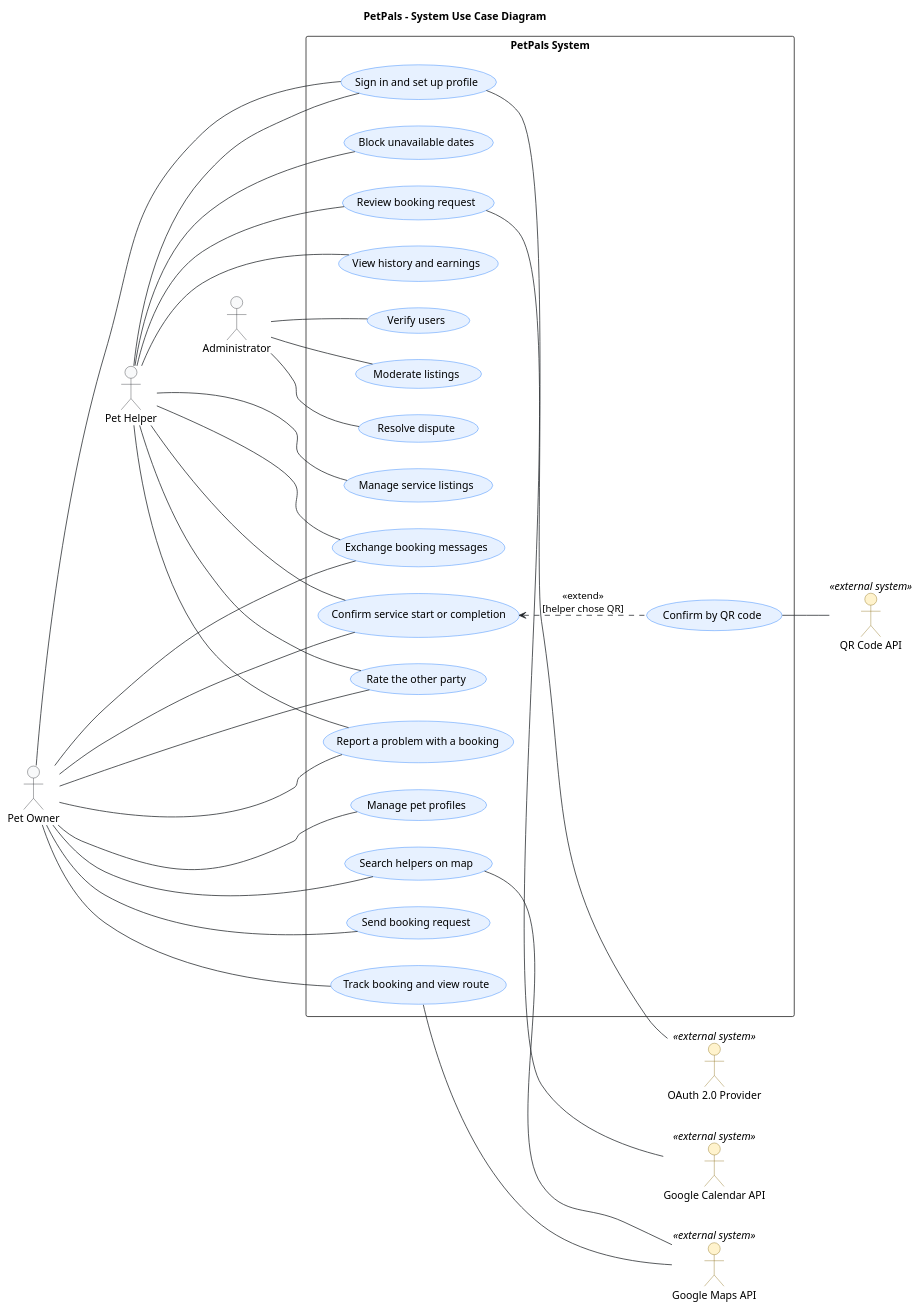
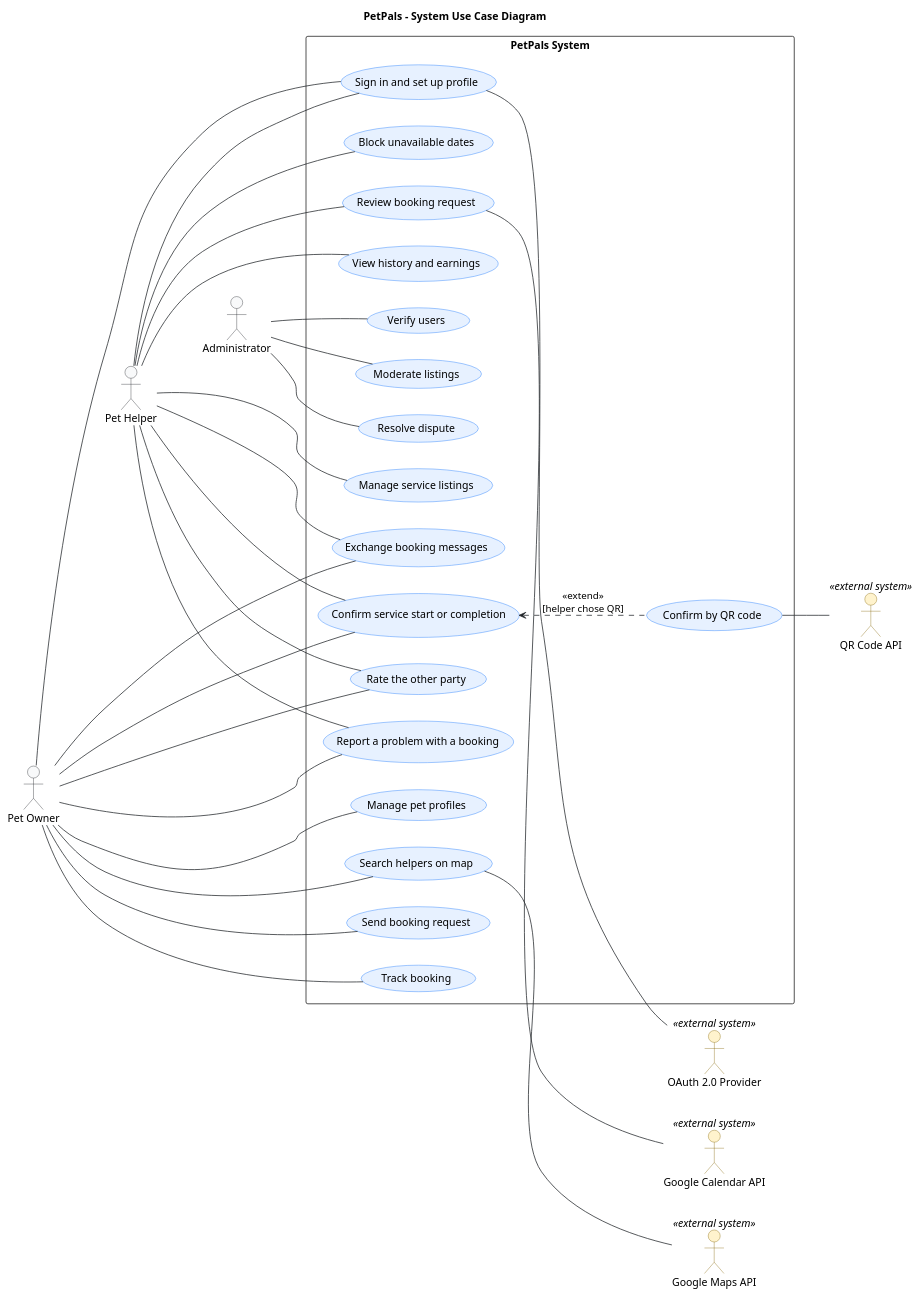
Before and after one commit to xikodev/PetPals: the diagram in docs/puml/3-1-petpals-system-UC.puml, drawn with PlantUML. The commit also changed other lines of this file and 2 other files, not shown here.

```diff
--- a/docs/puml/3-1-petpals-system-UC.puml
+++ b/docs/puml/3-1-petpals-system-UC.puml
@@ -14,125 +29,124 @@
 @startuml
 
 title PetPals - System Use Case Diagram
 
 left to right direction
 
 skinparam shadowing false
 skinparam defaultFontName Arial
 skinparam packageStyle rectangle
 
 skinparam actor {
     BackgroundColor #F8F9FA
     BorderColor #212529
     BackgroundColor<<external system>> #FFF3CD
     BorderColor<<external system>> #856404
 }
 
 skinparam usecase {
     BackgroundColor #E7F1FF
     BorderColor #0D6EFD
     ArrowColor #212529
 }
 
 ' ==============================================================================
 ' Primary actors
 ' ==============================================================================
 
 actor "Pet Owner" as Owner
 actor "Pet Helper" as Helper
 actor "Administrator" as Admin
 
 
 ' Layout-only relationships.
 Owner -[hidden]down-> Helper
 Helper -[hidden]down-> Admin
 
 ' ==============================================================================
 ' Secondary actors (external systems)
 ' ==============================================================================
 
 actor "OAuth 2.0 Provider" as IdP <<external system>>
 actor "Google Maps API" as Maps <<external system>>
 actor "Google Calendar API" as Cal <<external system>>
 actor "QR Code API" as QR <<external system>>
 
 ' ==============================================================================
 ' System boundary
 ' ==============================================================================
 
 rectangle "PetPals System" as PetPals {
 
     ' Pet Owner
     (Manage pet profiles) as UC_Pets
     (Search helpers on map) as UC_Search
     (Send booking request) as UC_Request
-    (Track booking and view route) as UC_Track
+    (Track booking) as UC_Track
 
     ' Shared by owners and helpers
     (Sign in and set up profile) as UC_SignIn
     (Exchange booking messages) as UC_Msg
     (Confirm service start or completion) as UC_Confirm
     (Confirm by QR code) as UC_QR
     (Rate the other party) as UC_Rate
     (Report a problem with a booking) as UC_Report
 
     ' Pet Helper
     (Manage service listings) as UC_Listings
     (Block unavailable dates) as UC_Block
     (Review booking request) as UC_Review
     (View history and earnings) as UC_History
 
-    ' Administrator (web panel)
+    ' Administrator (administration views of the PWA)
     (Verify users) as UC_Verify
     (Moderate listings) as UC_Moderate
     (Resolve dispute) as UC_Dispute
 }
 
 ' ==============================================================================
 ' Actor-to-use-case associations
 ' ==============================================================================
 
 Owner -- UC_SignIn
 Helper -- UC_SignIn
 Owner -- UC_Confirm
 Helper -- UC_Confirm
 Owner -- UC_Msg
 Helper -- UC_Msg
 Owner -- UC_Rate
 Helper -- UC_Rate
 Owner -- UC_Report
 Helper -- UC_Report
 
 Owner -- UC_Pets
 Owner -- UC_Search
 Owner -- UC_Request
 Owner -- UC_Track
 
 Helper -- UC_Listings
 Helper -- UC_Block
 Helper -- UC_Review
 Helper -- UC_History
 
 Admin -- UC_Verify
 Admin -- UC_Moderate
 Admin -- UC_Dispute
 
 ' ==============================================================================
 ' UML relationships
 ' ==============================================================================
 
 ' QR confirmation is one of two methods the helper may choose.
 UC_Confirm <.. UC_QR : <<extend>>\n[helper chose QR]
 
 ' ==============================================================================
 ' Secondary actor interactions
 ' ==============================================================================
 
 UC_SignIn -- IdP
 UC_Search -- Maps
-UC_Track -- Maps
 UC_Review -- Cal
 UC_QR -- QR
 
 
 @enduml
```
